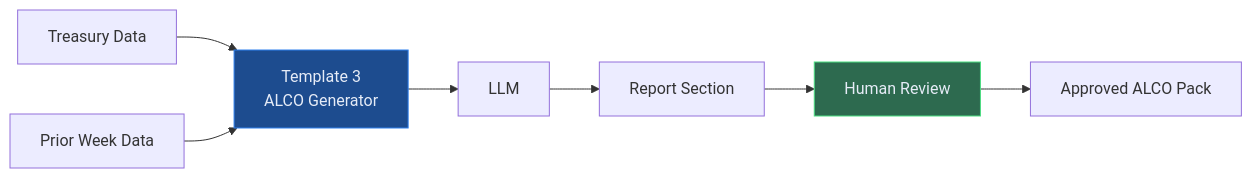
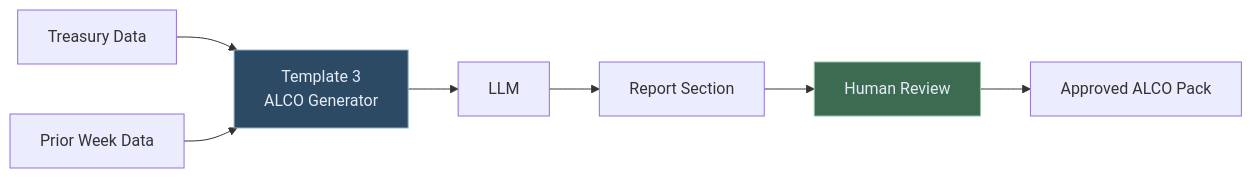
Before and after one commit to lorvexai/lorvexai: the third of 8 diagrams in blog/ai-prompt-and-workflow-templates.md, drawn with Mermaid. The commit also changed other lines of this file and 16 other files, not shown here.

First line of the commit message:
Retune hardcoded Mermaid node colors to match the site palette

````diff
--- a/blog/ai-prompt-and-workflow-templates.md
+++ b/blog/ai-prompt-and-workflow-templates.md
@@ -175,12 +175,12 @@
 ```mermaid
 flowchart LR
     TD[Treasury Data] --> T3[Template 3\nALCO Generator]
     PW[Prior Week Data] --> T3
     T3 --> LLM[LLM]
     LLM --> RS[Report Section]
     RS --> RV[Human Review]
     RV --> AP[Approved ALCO Pack]
 
-    style T3 fill:#1D4C8F,stroke:#2F80ED,color:#E6ECF7
-    style RV fill:#2D6A4F,stroke:#4ade80,color:#E6ECF7
+    style T3 fill:#2C4A63,stroke:#8FB2CC,color:#E6ECF7
+    style RV fill:#3D6B52,stroke:#95C2A8,color:#E6ECF7
 ```
````
